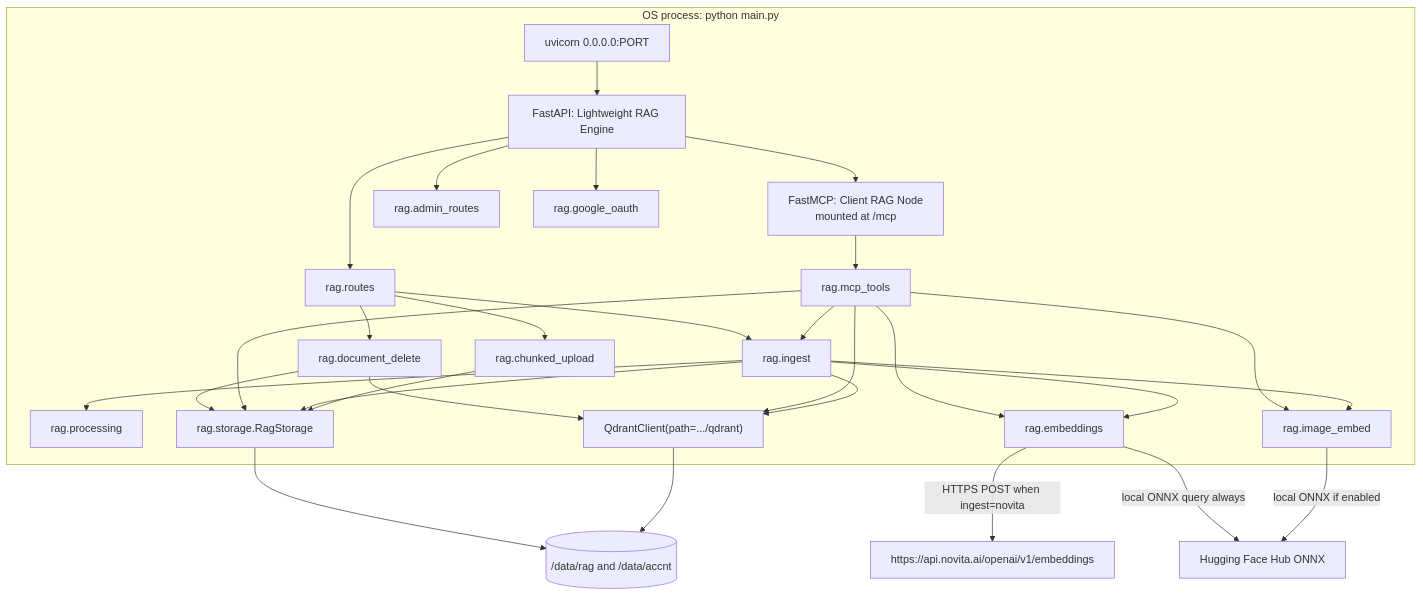
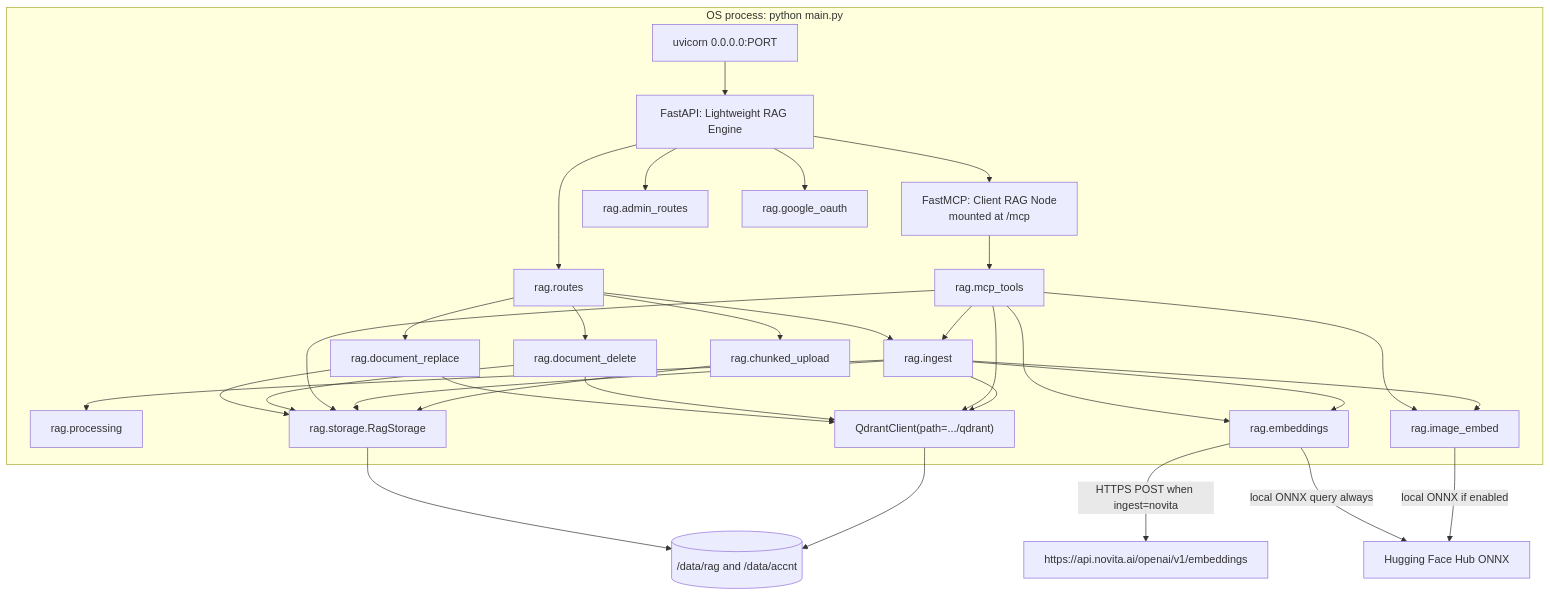
The second of 4 diagrams in docs/ARCHITECTURE.md (mkrejp/fastmcp-rag-timer), drawn with Mermaid before and after one commit. The commit also changed other lines of this file and 13 other files, not shown here.

First line of the commit message:
feat: in-place document content replace with durable versions (#40)

````diff
--- a/docs/ARCHITECTURE.md
+++ b/docs/ARCHITECTURE.md
@@ -100,50 +103,54 @@
 ```mermaid
 flowchart TB
   subgraph process["OS process: python main.py"]
     uvicorn["uvicorn 0.0.0.0:PORT"]
     fastapi["FastAPI: Lightweight RAG Engine"]
     mcp["FastMCP: Client RAG Node<br/>mounted at /mcp"]
     routes["rag.routes"]
     admin["rag.admin_routes"]
     oauth["rag.google_oauth"]
     tools["rag.mcp_tools"]
     ingest["rag.ingest"]
     deleteDoc["rag.document_delete"]
+    replaceDoc["rag.document_replace"]
     chunks["rag.chunked_upload"]
     proc["rag.processing"]
     embed["rag.embeddings"]
     clip["rag.image_embed"]
     storage["rag.storage.RagStorage"]
     qdrant["QdrantClient(path=.../qdrant)"]
     uvicorn --> fastapi
     fastapi --> routes
     fastapi --> admin
     fastapi --> oauth
     fastapi --> mcp
     mcp --> tools
     routes --> ingest
     routes --> deleteDoc
+    routes --> replaceDoc
     routes --> chunks
+    replaceDoc --> storage
+    replaceDoc --> qdrant
     deleteDoc --> storage
     deleteDoc --> qdrant
     tools --> ingest
     tools --> storage
     tools --> embed
     tools --> clip
     tools --> qdrant
     ingest --> proc
     ingest --> storage
     ingest --> embed
     ingest --> clip
     ingest --> qdrant
     chunks --> storage
   end
   disk[("/data/rag and /data/accnt")]
   novita["https://api.novita.ai/openai/v1/embeddings"]
   hf["Hugging Face Hub ONNX"]
   storage --> disk
   qdrant --> disk
   embed -->|"HTTPS POST when ingest=novita"| novita
   embed -->|"local ONNX query always"| hf
   clip -->|"local ONNX if enabled"| hf
 ```
````
